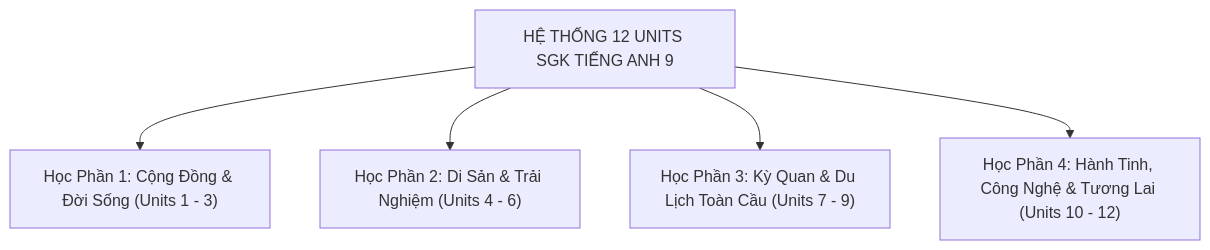
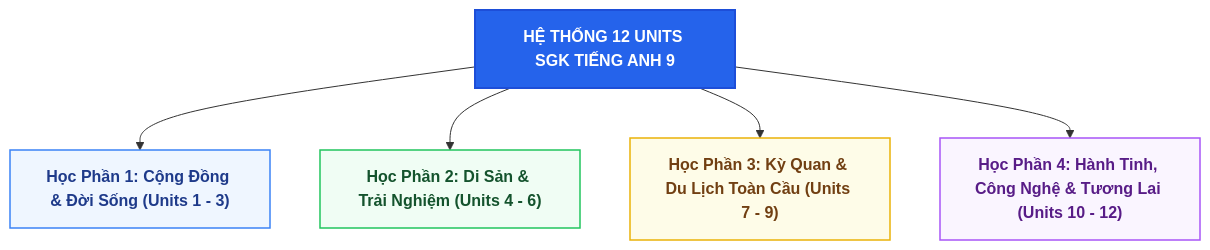
The diagram in EnglishDocs/docs/lessons/chuyen_de_6_trong_tam_12_units_global_success_9.md (tuankiet2510/Grade10Entrance), drawn with Mermaid before and after one commit. The commit also changed other lines of this file and 25 other files, not shown here.

````diff
--- a/EnglishDocs/docs/lessons/chuyen_de_6_trong_tam_12_units_global_success_9.md
+++ b/EnglishDocs/docs/lessons/chuyen_de_6_trong_tam_12_units_global_success_9.md
@@ -16,7 +36,13 @@
 ```mermaid
 flowchart TD
     A["HỆ THỐNG 12 UNITS SGK TIẾNG ANH 9"] --> B["Học Phần 1: Cộng Đồng & Đời Sống (Units 1 - 3)"]
     A --> C["Học Phần 2: Di Sản & Trải Nghiệm (Units 4 - 6)"]
     A --> D["Học Phần 3: Kỳ Quan & Du Lịch Toàn Cầu (Units 7 - 9)"]
     A --> E["Học Phần 4: Hành Tinh, Công Nghệ & Tương Lai (Units 10 - 12)"]
+    
+    style A fill:#2563eb,stroke:#1d4ed8,stroke-width:2px,color:#ffffff,font-weight:bold
+    style B fill:#eff6ff,stroke:#3b82f6,stroke-width:1.5px,color:#1e3a8a,font-weight:bold
+    style C fill:#f0fdf4,stroke:#22c55e,stroke-width:1.5px,color:#14532d,font-weight:bold
+    style D fill:#fefce8,stroke:#eab308,stroke-width:1.5px,color:#713f12,font-weight:bold
+    style E fill:#faf5ff,stroke:#a855f7,stroke-width:1.5px,color:#581c87,font-weight:bold
 ```
````
